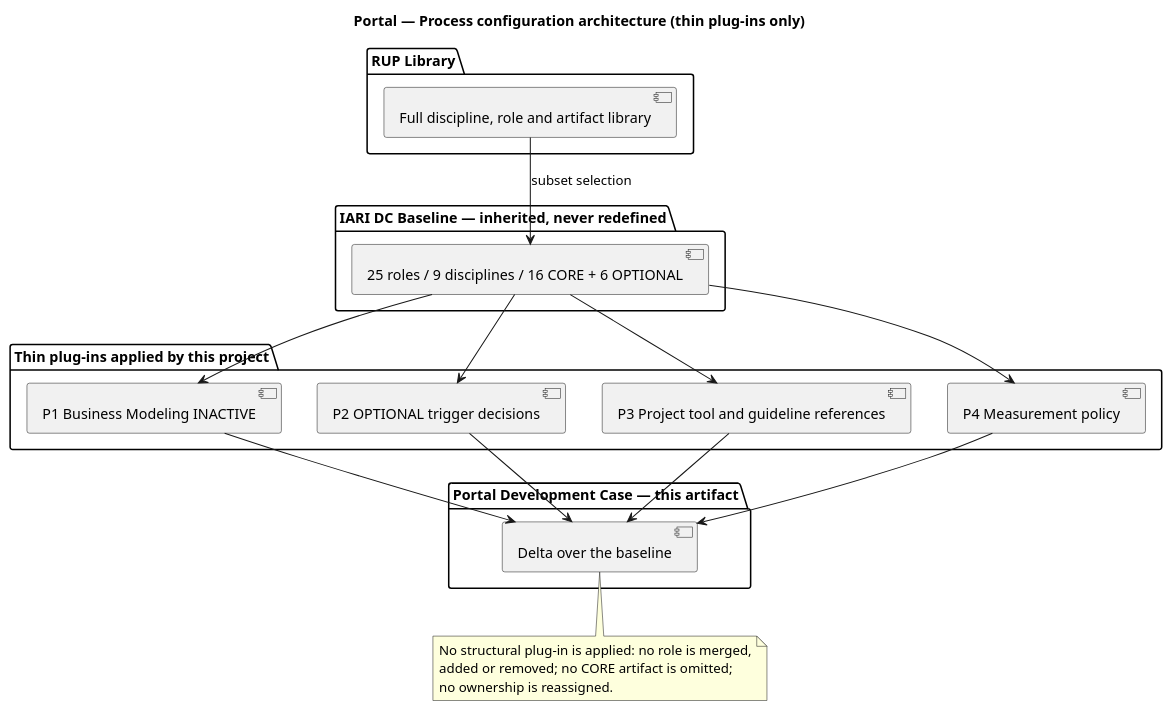
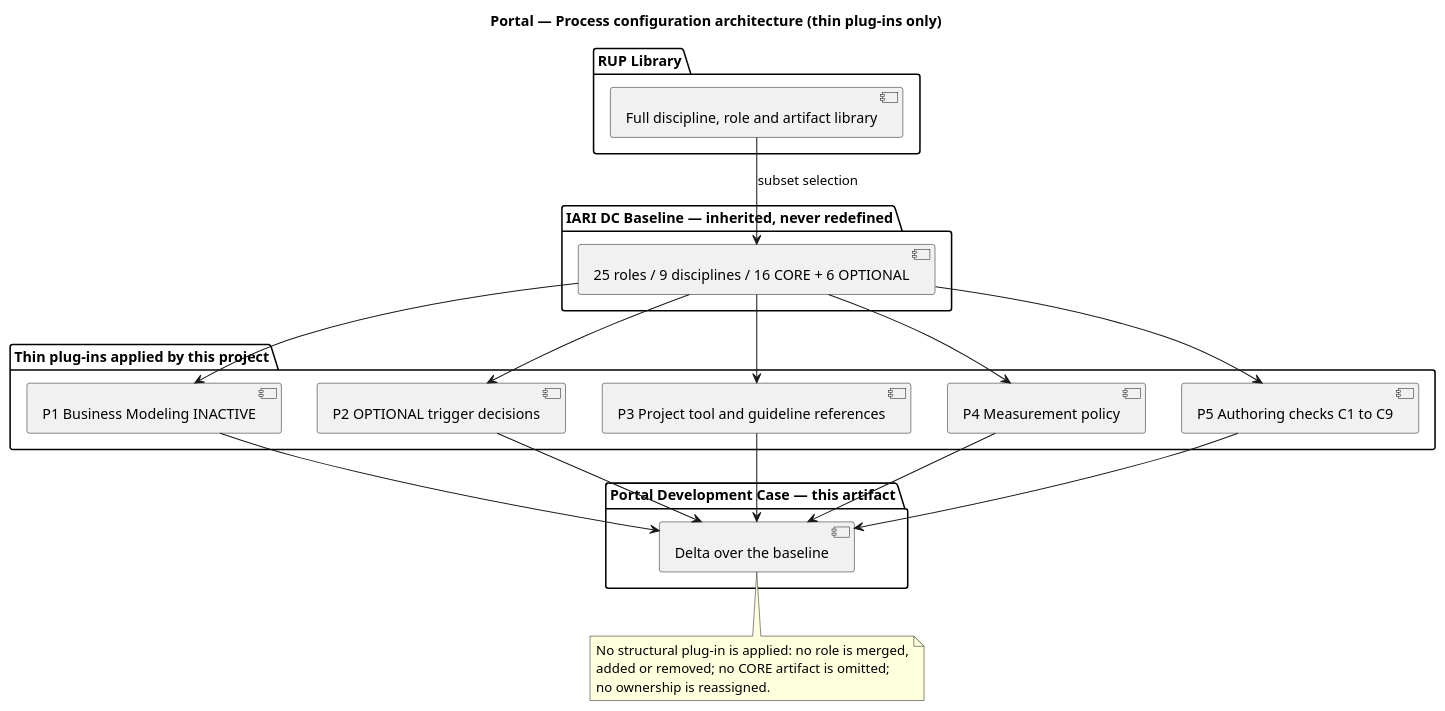
Before and after one commit to banense-test/portal: the first of 6 diagrams in docs/artifacts/environment/development-case.md, drawn with PlantUML. The commit also changed other lines of this file, not shown here.

````diff
--- a/docs/artifacts/environment/development-case.md
+++ b/docs/artifacts/environment/development-case.md
@@ -15,37 +15,40 @@
 ```plantuml
 @startuml
 title Portal — Process configuration architecture (thin plug-ins only)
 
 package "RUP Library" {
   [Full discipline, role and artifact library] as LIB
 }
 package "IARI DC Baseline — inherited, never redefined" {
   [25 roles / 9 disciplines / 16 CORE + 6 OPTIONAL] as BASE
 }
 package "Thin plug-ins applied by this project" {
   [P1 Business Modeling INACTIVE] as P1
   [P2 OPTIONAL trigger decisions] as P2
   [P3 Project tool and guideline references] as P3
   [P4 Measurement policy] as P4
+  [P5 Authoring checks C1 to C9] as P5
 }
 package "Portal Development Case — this artifact" {
   [Delta over the baseline] as DC
 }
 
 LIB --> BASE : subset selection
 BASE --> P1
 BASE --> P2
 BASE --> P3
 BASE --> P4
+BASE --> P5
 P1 --> DC
 P2 --> DC
 P3 --> DC
 P4 --> DC
+P5 --> DC
 
 note bottom of DC
   No structural plug-in is applied: no role is merged,
   added or removed; no CORE artifact is omitted;
   no ownership is reassigned.
 end note
 @enduml
 ```
````
